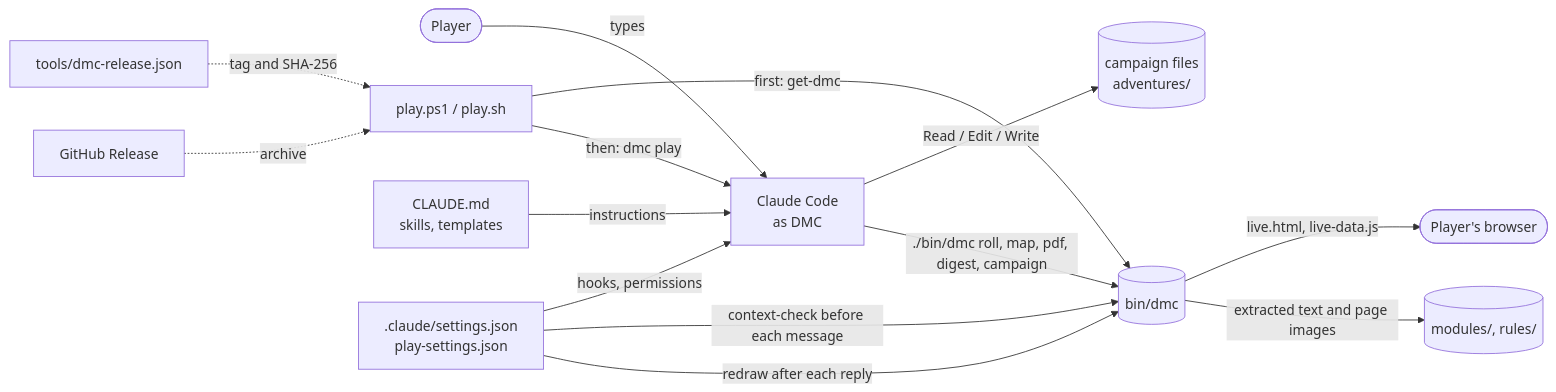
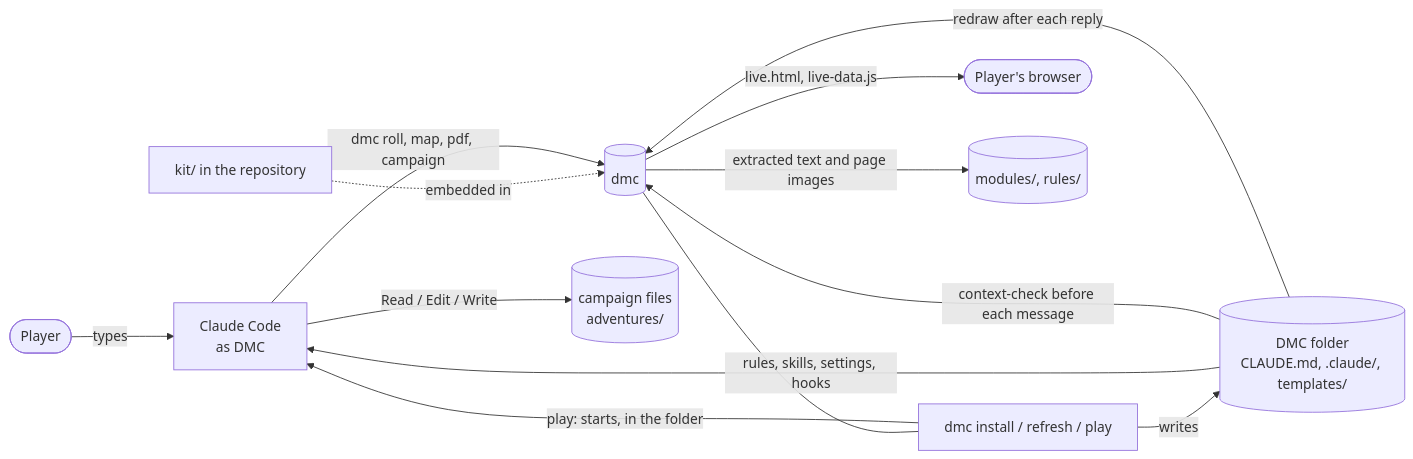
The diagram in .docs/architecture.md (abaskett3/dungeon-master-claude), drawn with Mermaid before and after one commit. The commit also changed other lines of this file and 7 other files, not shown here.

First line of the commit message:
Update the product documents for the DMC folder (T043, T046)

````diff
--- a/.docs/architecture.md
+++ b/.docs/architecture.md
@@ -24,16 +37,15 @@
 ```mermaid
 flowchart LR
     player([Player]) -- types --> cc[Claude Code<br/>as DMC]
-    launcher[play.ps1 / play.sh] -- first: get-dmc --> bin[(bin/dmc)]
-    pin[tools/dmc-release.json] -. tag and SHA-256 .-> launcher
-    gh[GitHub Release] -. archive .-> launcher
-    launcher -- then: dmc play --> cc
-    rules[CLAUDE.md<br/>skills, templates] -- instructions --> cc
-    settings[.claude/settings.json<br/>play-settings.json] -- hooks, permissions --> cc
+    install[dmc install / refresh / play] -- writes --> dmcfolder[(DMC folder<br/>CLAUDE.md, .claude/, templates/)]
+    kit[kit/ in the repository] -. embedded in .-> bin[(dmc)]
+    bin --- install
+    install -- play: starts, in the folder --> cc
+    dmcfolder -- rules, skills, settings, hooks --> cc
     cc -- Read / Edit / Write --> files[(campaign files<br/>adventures/)]
-    cc -- ./bin/dmc roll, map, pdf, digest, campaign --> bin
-    settings -- context-check before each message --> bin
-    settings -- redraw after each reply --> bin
+    cc -- dmc roll, map, pdf, campaign --> bin
+    dmcfolder -- context-check before each message --> bin
+    dmcfolder -- redraw after each reply --> bin
     bin -- live.html, live-data.js --> browser([Player's browser])
     bin -- extracted text and page images --> modules[(modules/, rules/)]
 ```
````
